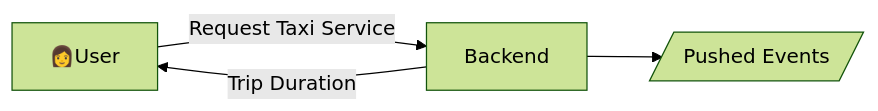
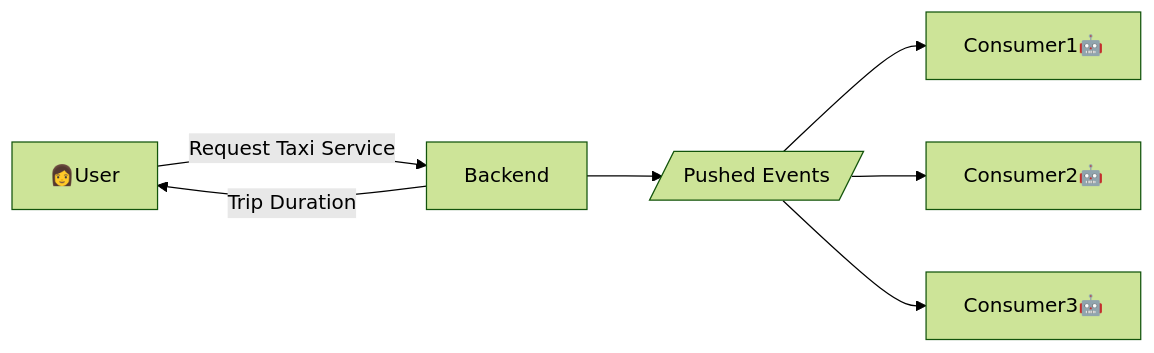
The fifth of 5 diagrams in week04/README.md (mossdet/mlops-dlp), drawn with Mermaid (forest theme) before and after one commit.

````diff
--- a/week04/README.md
+++ b/week04/README.md
@@ -72,6 +72,7 @@
 ```mermaid
 graph LR
     User[👩User]--> |Request Taxi Service| Backend[Backend]
     Backend--> |Trip Duration| User
-    Backend-->Events[/Pushed Events/]
+    Backend--> Events[/Pushed Events/]
+    Events --> Consumer1[Consumer1🤖] & Consumer2[Consumer2🤖] & Consumer3[Consumer3🤖]
 ```
````
